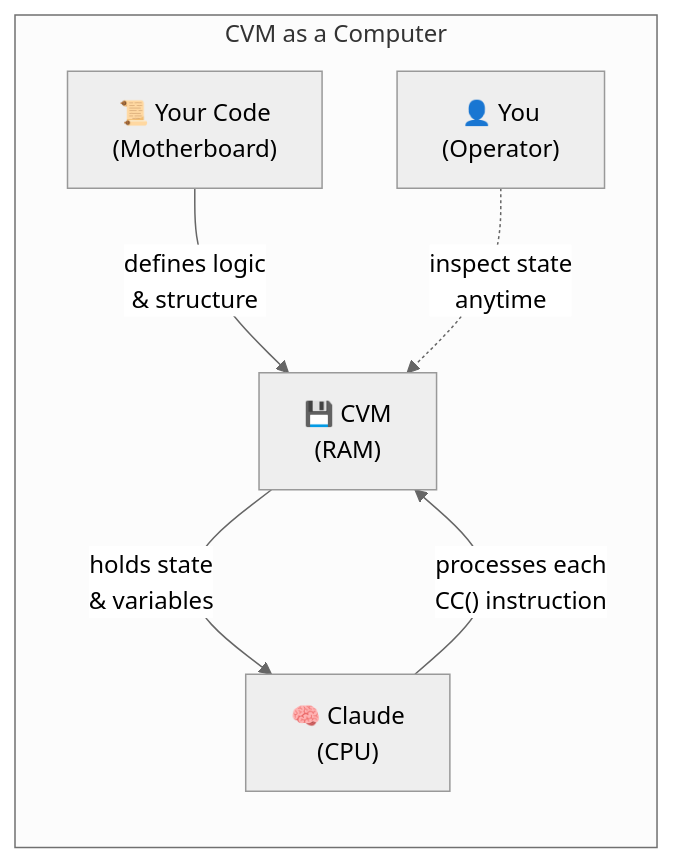
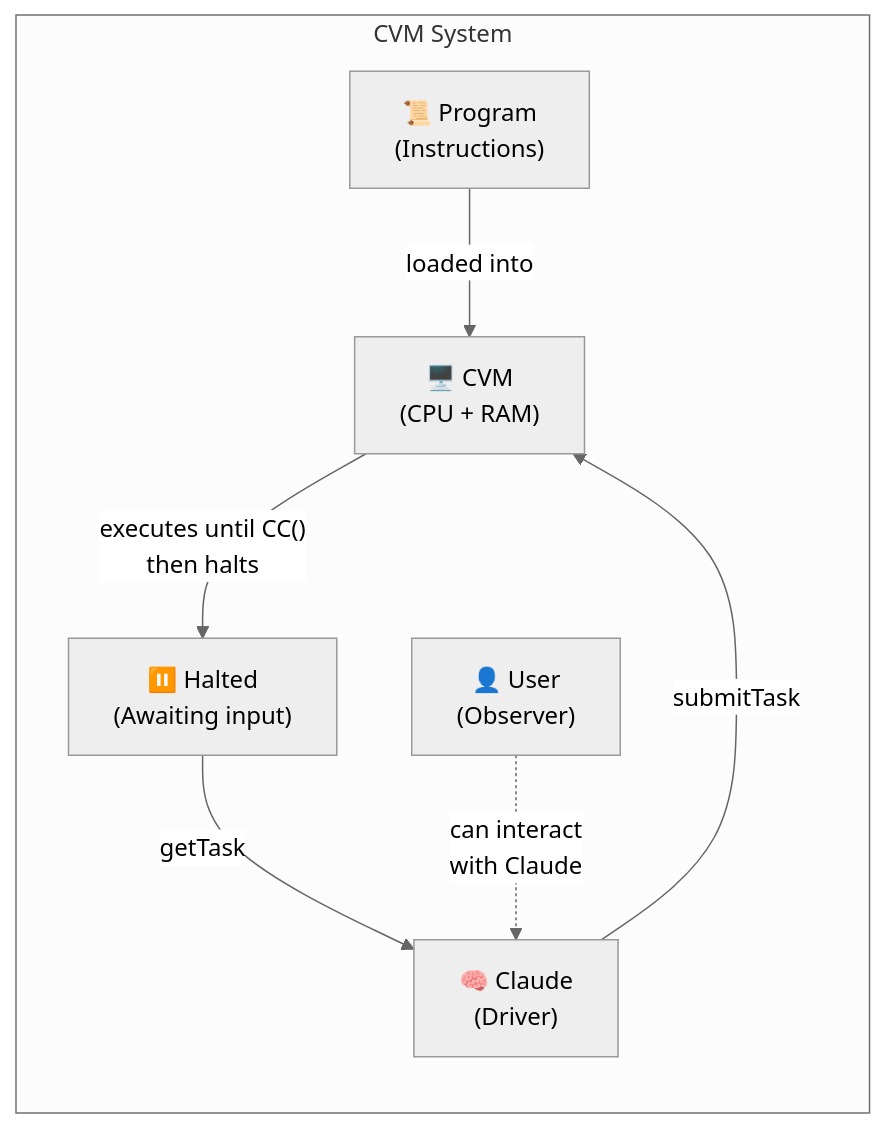
One commit to LadislavSopko/cvm changed the third of 7 diagrams in README.md. Above: the diagram before and after it, drawn with Mermaid (neutral theme). The commit also changed other lines of this file and 42 other files, not shown here.

````diff
--- a/README.md
+++ b/README.md
@@ -107,9 +107,10 @@
 ```mermaid
 graph LR
-    subgraph "CVM as a Computer"
-        CODE["📜 Your Code<br/>(Motherboard)"]-->|"defines logic<br/>& structure"| CVM["💾 CVM<br/>(RAM)"]
-        CVM-->|"holds state<br/>& variables"| CLAUDE["🧠 Claude<br/>(CPU)"]
-        CLAUDE-->|"processes each<br/>CC() instruction"| CVM
-        YOU["👤 You<br/>(Operator)"]-."inspect state<br/>anytime".->CVM
+    subgraph "CVM System"
+        PROGRAM["📜 Program<br/>(Instructions)"]-->|"loaded into"| CVM["🖥️ CVM<br/>(CPU + RAM)"]
+        CVM-->|"executes until CC()<br/>then halts"| HALT["⏸️ Halted<br/>(Awaiting input)"]
+        HALT-->|"getTask"| CLAUDE["🧠 Claude<br/>(Driver)"]
+        CLAUDE-->|"submitTask"| CVM
+        USER["👤 User<br/>(Observer)"]-."can interact<br/>with Claude".->CLAUDE
     end
 ```
````
